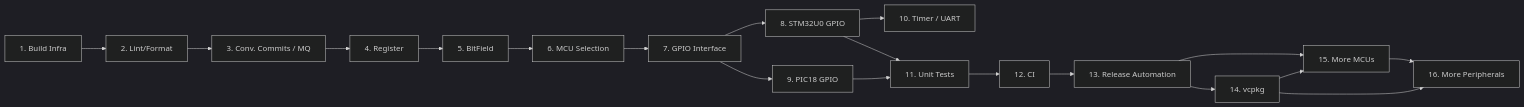
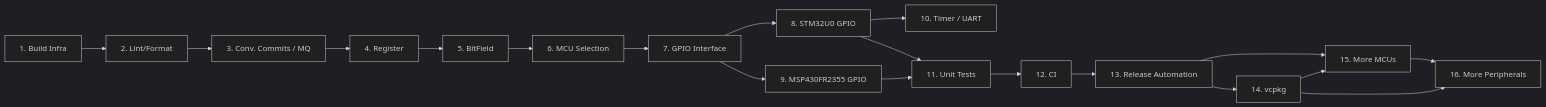
Before and after one commit to grahame-org/ohal: the fourth of 13 diagrams in docs/plan.md, drawn with Mermaid (dark theme). The commit also changed other lines of this file and 7 other files, not shown here.

First line of the commit message:
docs: replace PIC18F4550 with MSP430FR2355 in steps 9–16 of plan

````diff
--- a/docs/plan.md
+++ b/docs/plan.md
@@ -357,21 +352,21 @@
 ```mermaid
 graph LR
     S1[1. Build Infra] --> S2[2. Lint/Format]
     S2 --> S3[3. Conv. Commits / MQ]
     S3 --> S4[4. Register]
     S4 --> S5[5. BitField]
     S5 --> S6[6. MCU Selection]
     S6 --> S7[7. GPIO Interface]
     S7 --> S8[8. STM32U0 GPIO]
-    S7 --> S9[9. PIC18 GPIO]
+    S7 --> S9[9. MSP430FR2355 GPIO]
     S8 --> S10[10. Timer / UART]
     S8 --> S11[11. Unit Tests]
     S9 --> S11
     S11 --> S12[12. CI]
     S12 --> S13[13. Release Automation]
     S13 --> S14[14. vcpkg]
     S13 --> S15[15. More MCUs]
     S14 --> S15
     S15 --> S16[16. More Peripherals]
     S14 --> S16
 ```
````
